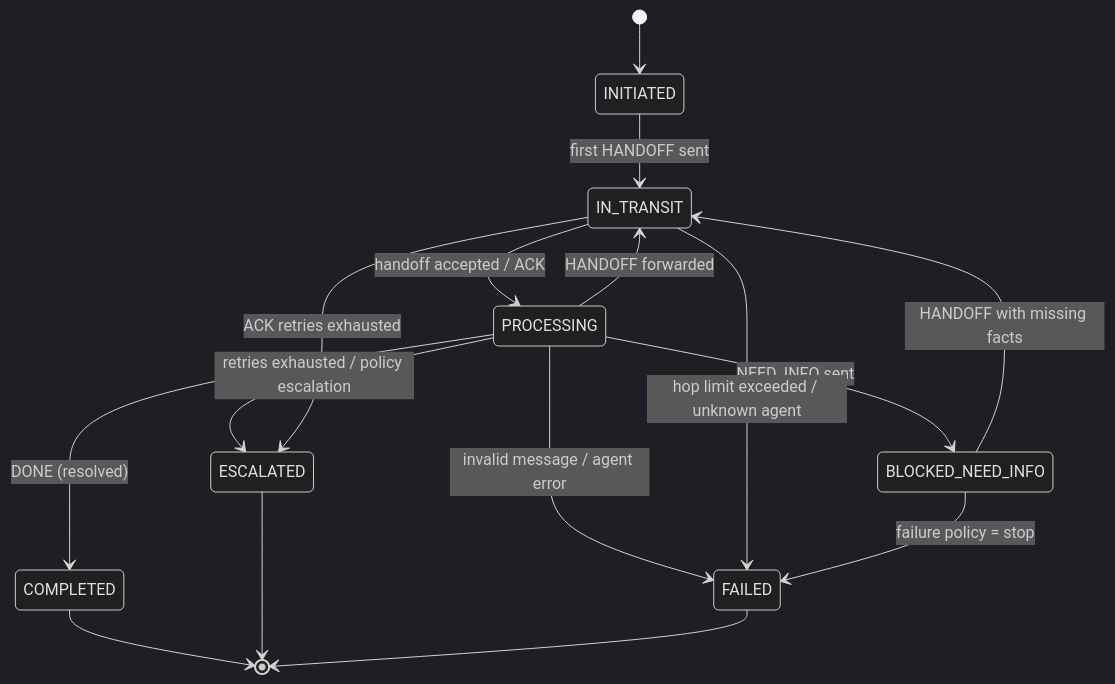
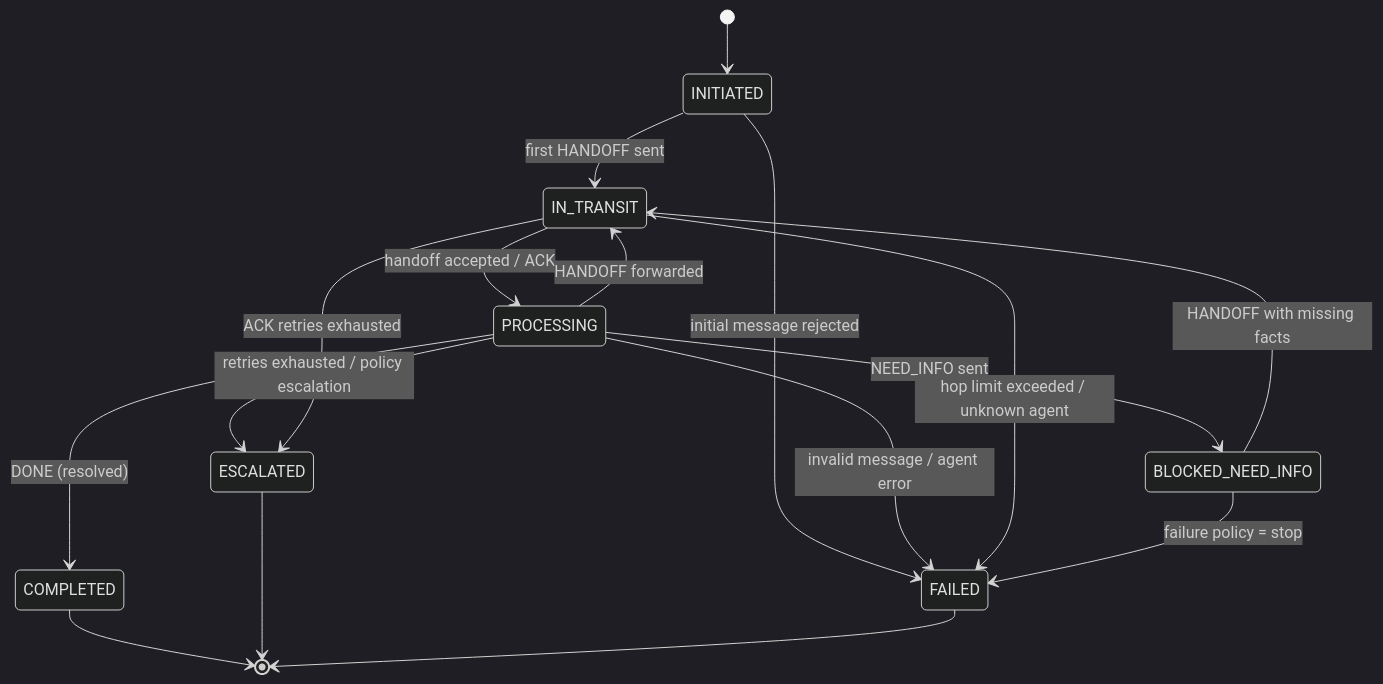
The diagram in docs/ahp_specification.md (xbsdernel/agent-handoff-protocol), drawn with Mermaid (dark theme) before and after one commit. The commit also changed other lines of this file and 7 other files, not shown here.

````diff
--- a/docs/ahp_specification.md
+++ b/docs/ahp_specification.md
@@ -149,18 +149,19 @@
 ```mermaid
 stateDiagram-v2
     [*] --> INITIATED
     INITIATED --> IN_TRANSIT: first HANDOFF sent
+    INITIATED --> FAILED: initial message rejected
     IN_TRANSIT --> PROCESSING: handoff accepted / ACK
     PROCESSING --> IN_TRANSIT: HANDOFF forwarded
     PROCESSING --> BLOCKED_NEED_INFO: NEED_INFO sent
     BLOCKED_NEED_INFO --> IN_TRANSIT: HANDOFF with missing facts
     PROCESSING --> COMPLETED: DONE (resolved)
     PROCESSING --> ESCALATED: retries exhausted / policy escalation
     IN_TRANSIT --> ESCALATED: ACK retries exhausted
     PROCESSING --> FAILED: invalid message / agent error
     IN_TRANSIT --> FAILED: hop limit exceeded / unknown agent
     BLOCKED_NEED_INFO --> FAILED: failure policy = stop
     COMPLETED --> [*]
     ESCALATED --> [*]
     FAILED --> [*]
 ```
````
